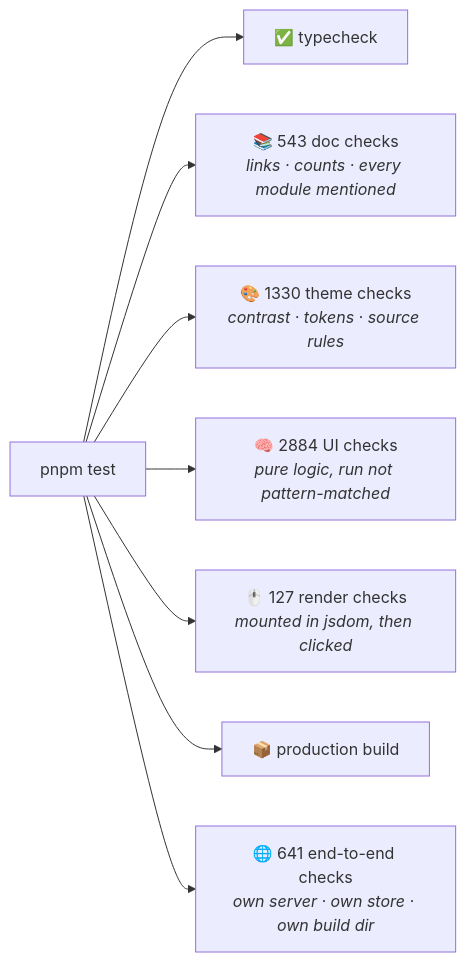
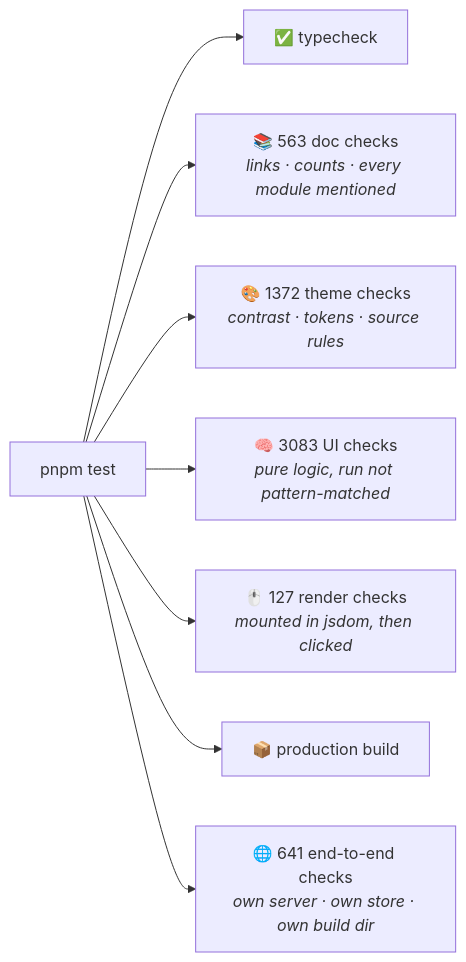
Before and after one commit to vikrant111/tracker-dashboard: the eighth of 8 diagrams in README.md, drawn with Mermaid. The commit also changed other lines of this file and 28 other files, not shown here.

````diff
--- a/README.md
+++ b/README.md
@@ -385,10 +422,10 @@
 ```mermaid
 graph LR
     T["pnpm test"] --> TS["✅ typecheck"]
-    T --> DOC["📚 543 doc checks<br/><i>links · counts · every module mentioned</i>"]
-    T --> TH["🎨 1330 theme checks<br/><i>contrast · tokens · source rules</i>"]
-    T --> UI["🧠 2884 UI checks<br/><i>pure logic, run not pattern-matched</i>"]
+    T --> DOC["📚 563 doc checks<br/><i>links · counts · every module mentioned</i>"]
+    T --> TH["🎨 1372 theme checks<br/><i>contrast · tokens · source rules</i>"]
+    T --> UI["🧠 3083 UI checks<br/><i>pure logic, run not pattern-matched</i>"]
     T --> RN["🖱️ 127 render checks<br/><i>mounted in jsdom, then clicked</i>"]
     T --> BLD["📦 production build"]
     T --> E2E["🌐 641 end-to-end checks<br/><i>own server · own store · own build dir</i>"]
 ```
````
